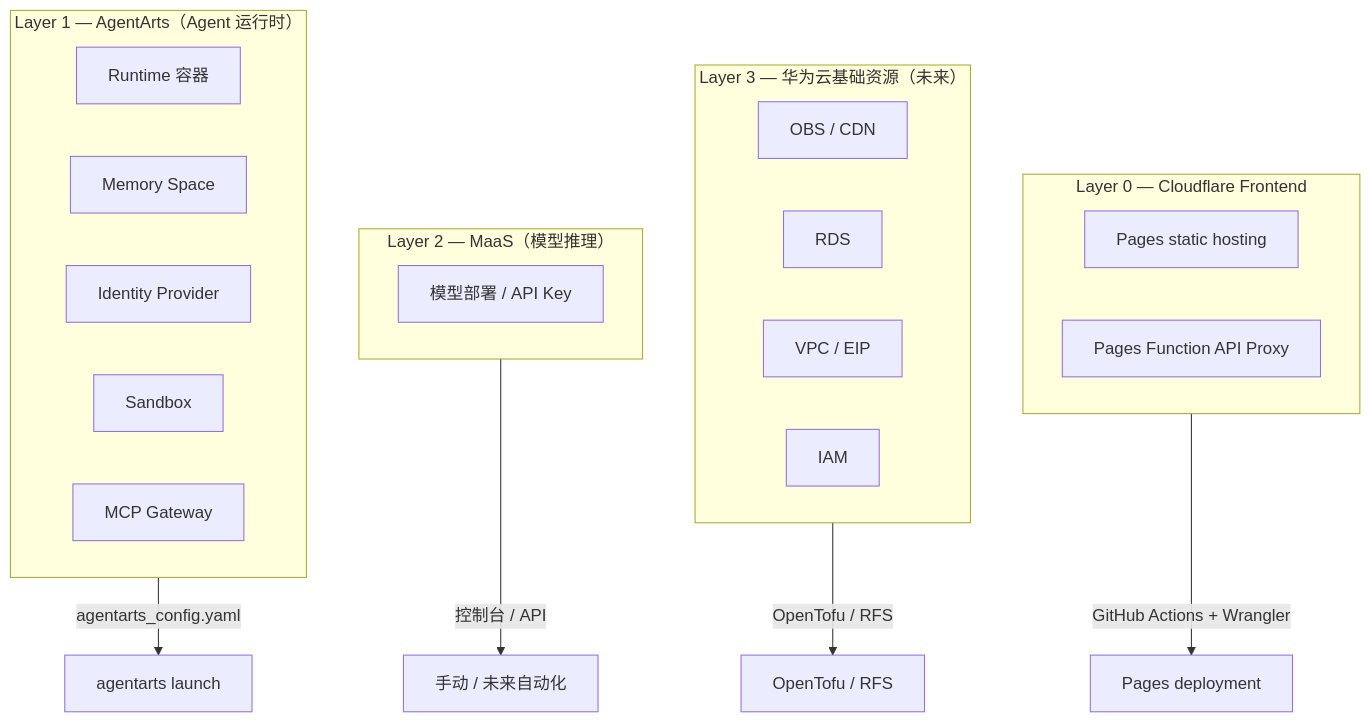
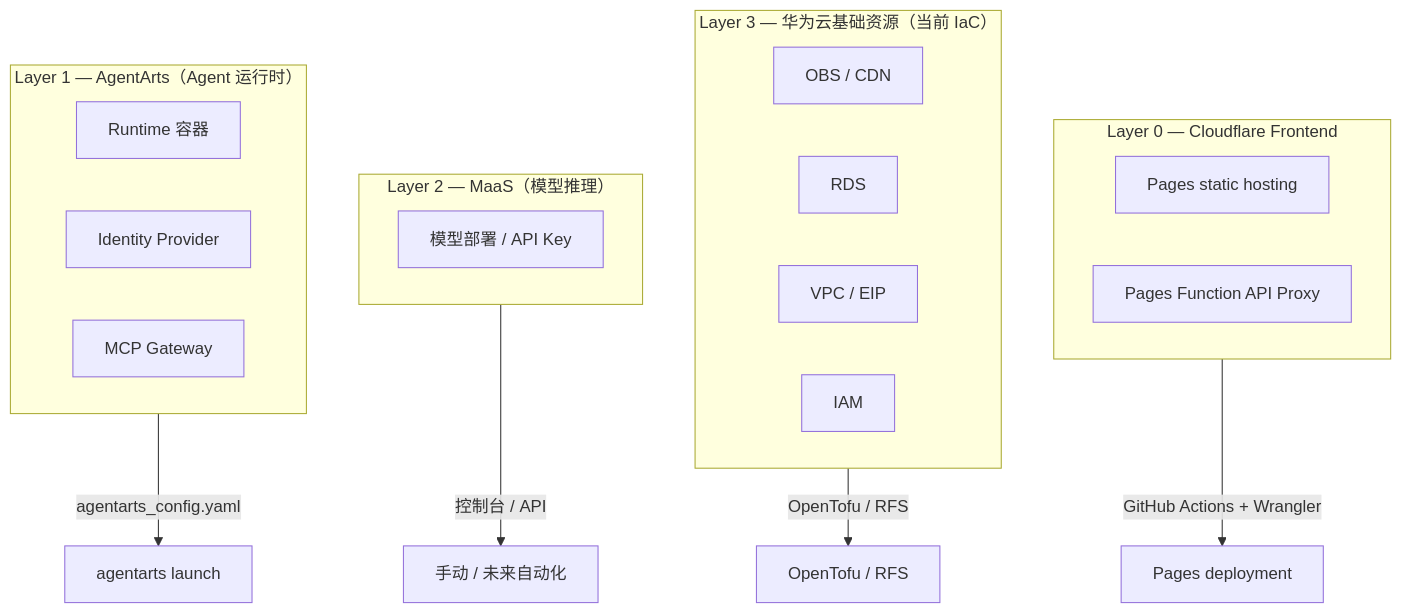
Before and after one commit to git-malu/personal-assistant: the first of 4 diagrams in personal-assistant-meta/architecture/devops/cicd.md, drawn with Mermaid. The commit also changed other lines of this file and 5 other files, not shown here.

````diff
--- a/personal-assistant-meta/architecture/devops/cicd.md
+++ b/personal-assistant-meta/architecture/devops/cicd.md
@@ -11,31 +11,29 @@
 ```mermaid
 flowchart TB
     subgraph Layer0["Layer 0 — Cloudflare Frontend"]
         Pages["Pages static hosting"]
         Function["Pages Function API Proxy"]
     end
 
-    subgraph Layer3["Layer 3 — 华为云基础资源（未来）"]
+    subgraph Layer3["Layer 3 — 华为云基础资源（当前 IaC）"]
         OBS["OBS / CDN"]
         RDS["RDS"]
         VPC["VPC / EIP"]
         IAM["IAM"]
     end
 
     subgraph Layer2["Layer 2 — MaaS（模型推理）"]
         Model["模型部署 / API Key"]
     end
 
     subgraph Layer1["Layer 1 — AgentArts（Agent 运行时）"]
         Runtime["Runtime 容器"]
-        Memory["Memory Space"]
         Identity["Identity Provider"]
-        Sandbox["Sandbox"]
         Gateway["MCP Gateway"]
     end
 
     Layer1 -->|agentarts_config.yaml| CI1["agentarts launch"]
     Layer2 -->|控制台 / API| CI2["手动 / 未来自动化"]
     Layer3 -->|OpenTofu / RFS| CI3["OpenTofu / RFS"]
     Layer0 -->|GitHub Actions + Wrangler| CI0["Pages deployment"]
 ```
````
